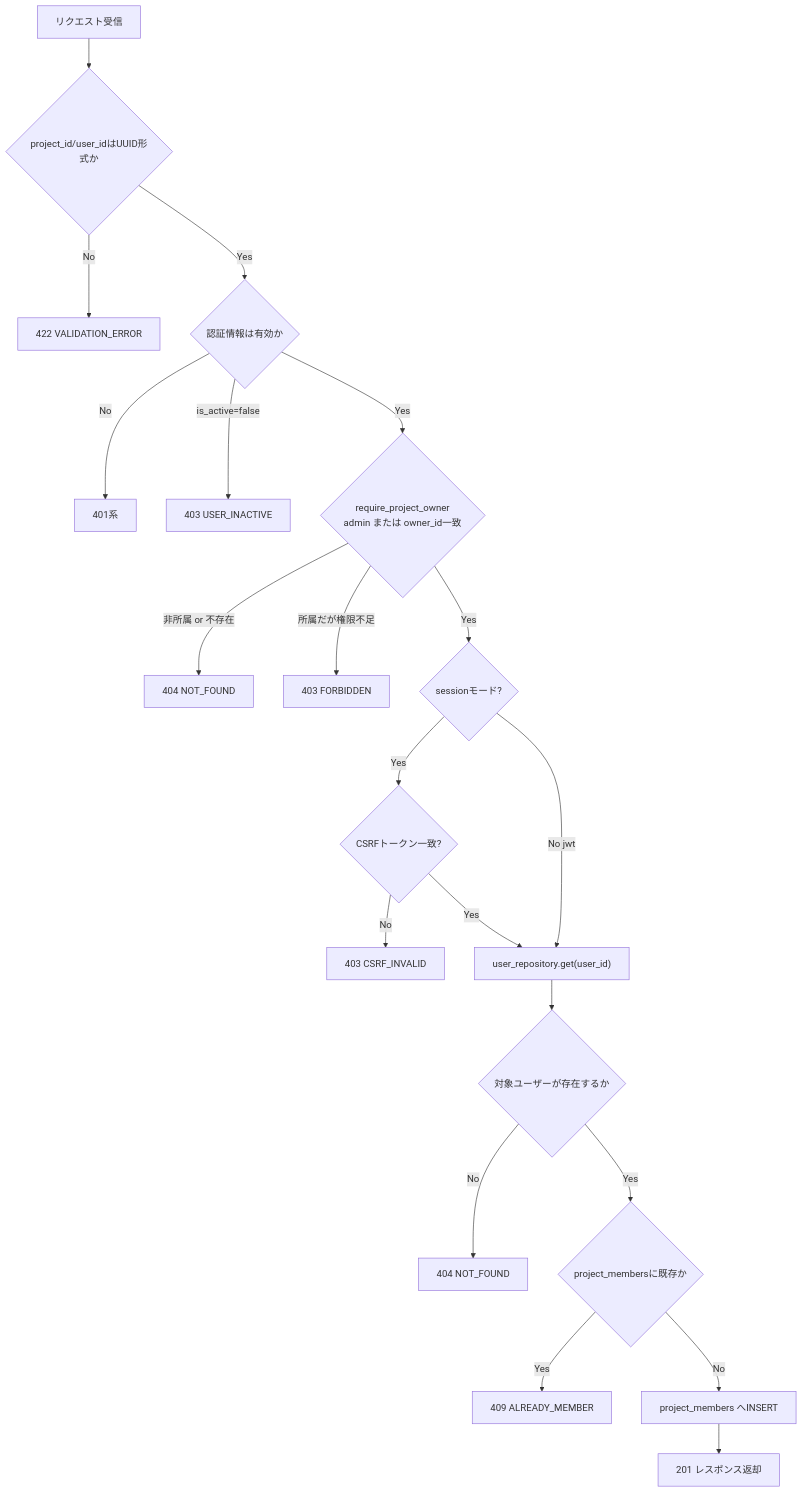
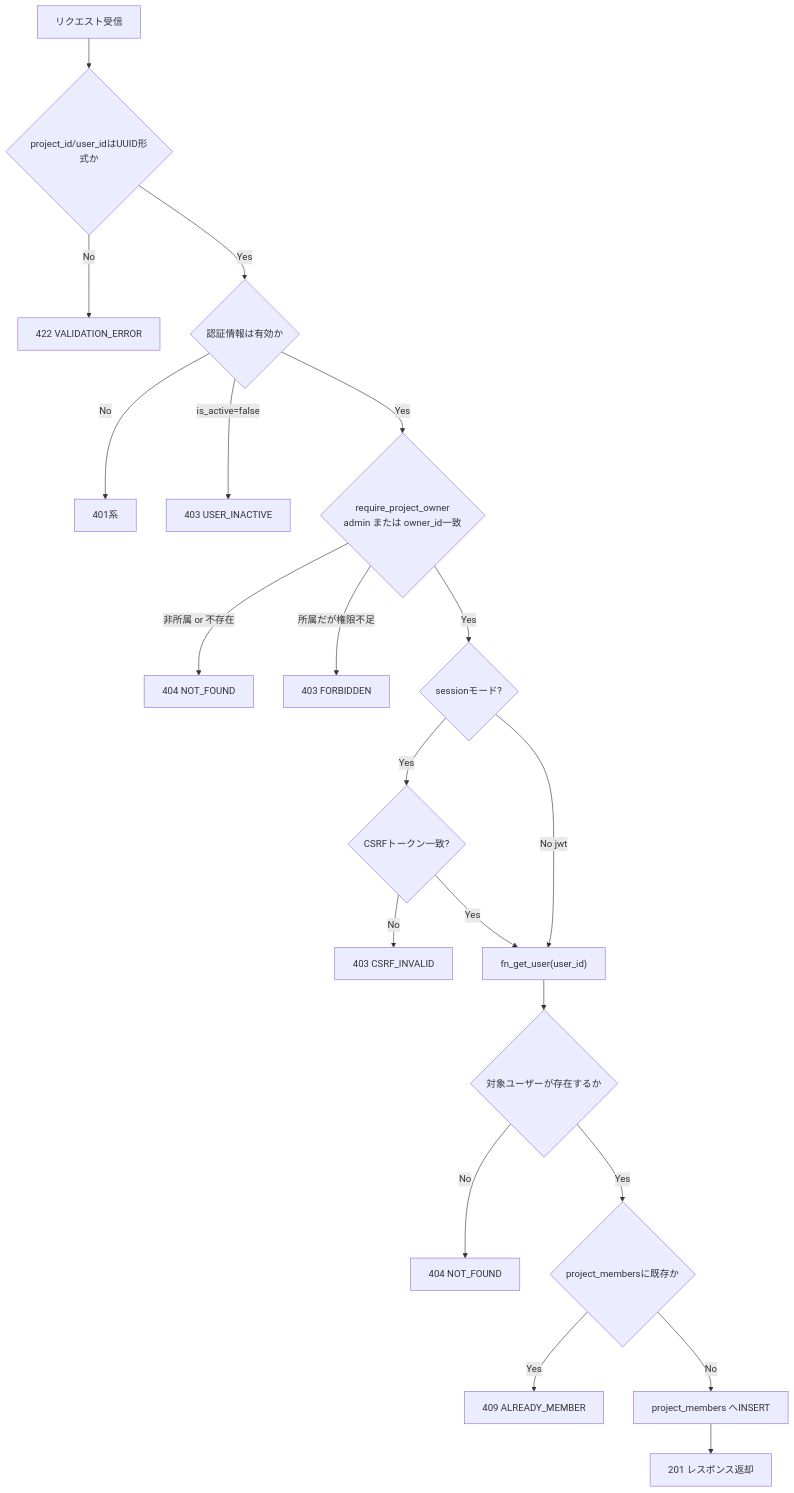
One commit to oikawa-d/task_management changed the second of 4 diagrams in detailed_design/api/projects/07_post_project_members.md. Above: the diagram before and after it, drawn with Mermaid. The commit also changed other lines of this file and 58 other files, not shown here.

````diff
--- a/detailed_design/api/projects/07_post_project_members.md
+++ b/detailed_design/api/projects/07_post_project_members.md
@@ -150,22 +150,22 @@
 ```mermaid
 flowchart TB
     A["リクエスト受信"] --> B{"project_id/user_idはUUID形式か"}
     B -->|No| E1["422 VALIDATION_ERROR"]
     B -->|Yes| C{"認証情報は有効か"}
     C -->|No| E2["401系"]
     C -->|is_active=false| E3["403 USER_INACTIVE"]
     C -->|Yes| D{"require_project_owner<br/>admin または owner_id一致"}
     D -->|非所属 or 不存在| E4["404 NOT_FOUND"]
     D -->|所属だが権限不足| E5["403 FORBIDDEN"]
     D -->|Yes| CS{"sessionモード?"}
     CS -->|Yes| CV{"CSRFトークン一致?"}
     CV -->|No| E6["403 CSRF_INVALID"]
     CV -->|Yes| F
-    CS -->|No jwt| F["user_repository.get(user_id)"]
+    CS -->|No jwt| F["fn_get_user(user_id)"]
     F --> G{"対象ユーザーが存在するか"}
     G -->|No| E7["404 NOT_FOUND"]
     G -->|Yes| H{"project_membersに既存か"}
     H -->|Yes| E8["409 ALREADY_MEMBER"]
     H -->|No| I["project_members へINSERT"]
     I --> J["201 レスポンス返却"]
 ```
````
